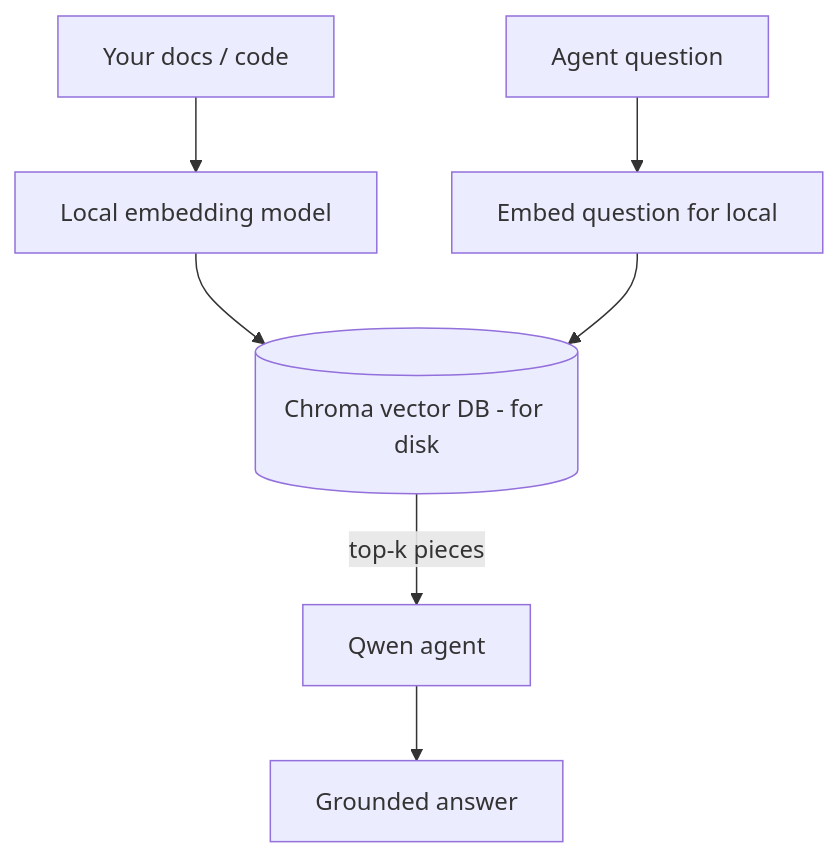
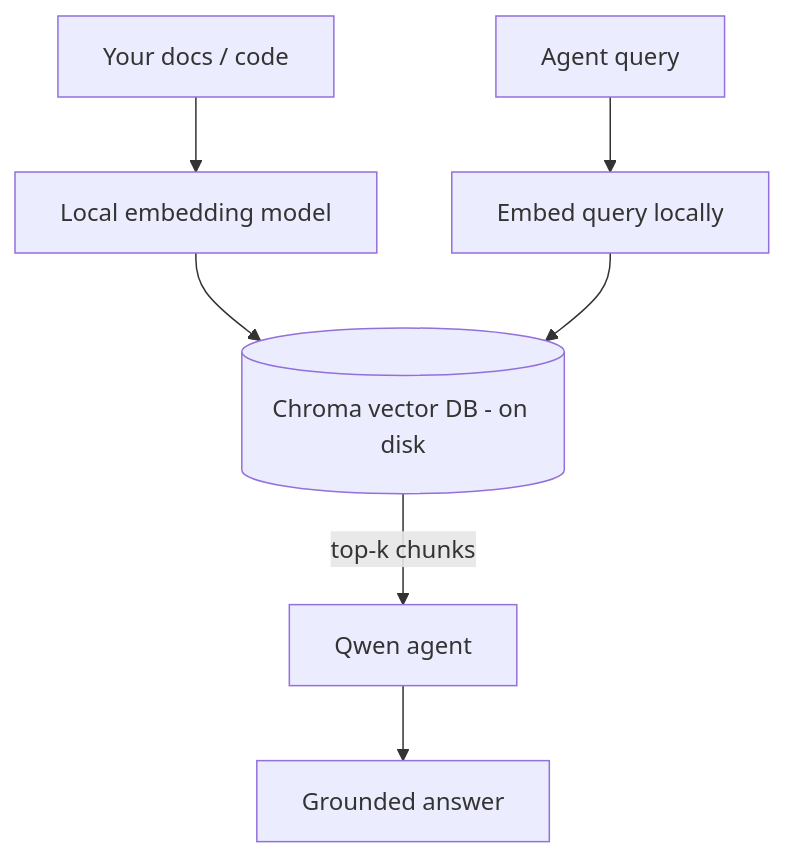
The third of 4 diagrams in mirrors/repos/microsoft@ai-agents-for-beginners/translations/pcm/17-creating-local-ai-agents/README.md (gabrielmoreira/agent-skills-mirror), drawn with Mermaid before and after one commit. The commit also changed other lines of this file and 4262 other files, not shown here.

````diff
--- a/mirrors/repos/microsoft@ai-agents-for-beginners/translations/pcm/17-creating-local-ai-agents/README.md
+++ b/mirrors/repos/microsoft@ai-agents-for-beginners/translations/pcm/17-creating-local-ai-agents/README.md
@@ -125,9 +125,9 @@
 ```mermaid
 flowchart TB
     D[Your docs / code] --> E[Local embedding model]
-    E --> V[(Chroma vector DB - for disk)]
-    Q[Agent question] --> QE[Embed question for local]
+    E --> V[(Chroma vector DB - on disk)]
+    Q[Agent query] --> QE[Embed query locally]
     QE --> V
-    V -->|top-k pieces| A[Qwen agent]
+    V -->|top-k chunks| A[Qwen agent]
     A --> Ans[Grounded answer]
 ```
````
